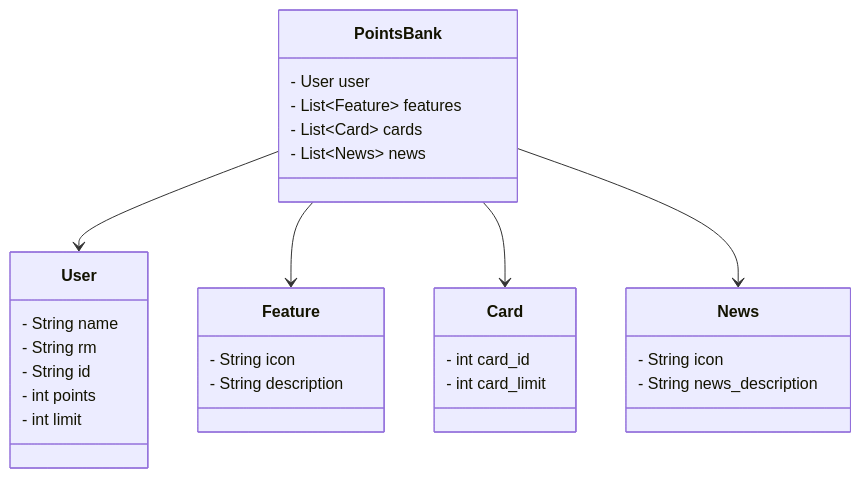
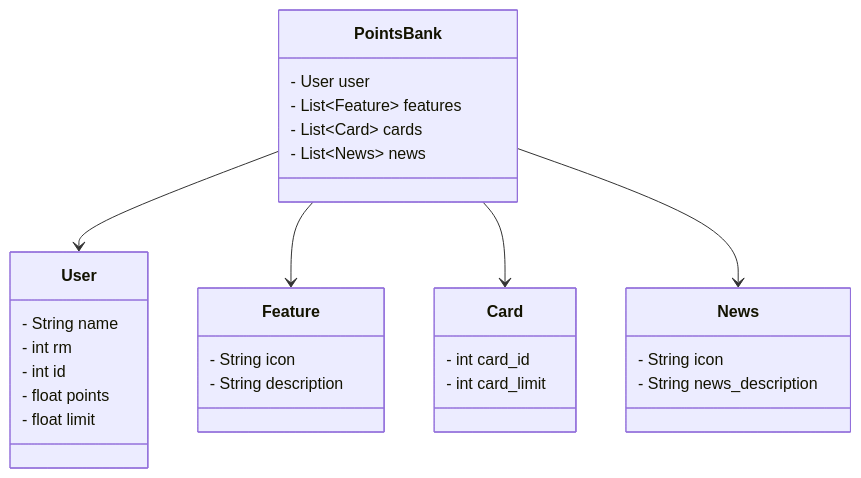
One commit to gusmaomath/banking-domain changed the diagram in README.md. Above: the diagram before and after it, drawn with Mermaid.

````diff
--- a/README.md
+++ b/README.md
@@ -19,37 +19,37 @@
 ```mermaid
 classDiagram
     class User {
       - String name
-      - String rm
-      - String id
-      - int points
-      - int limit
+      - int rm
+      - int id
+      - float points
+      - float limit
     }
     
     class Feature {
       - String icon
       - String description
     }
     
     class Card {
       - int card_id
       - int card_limit
     }
     
     class News {
       - String icon
       - String news_description
     }
 
     class PointsBank {
       - User user
       - List~Feature~ features
       - List~Card~ cards
       - List~News~ news
     }
     
     PointsBank --> User
     PointsBank --> Feature
     PointsBank --> Card
     PointsBank --> News
 ```
````
